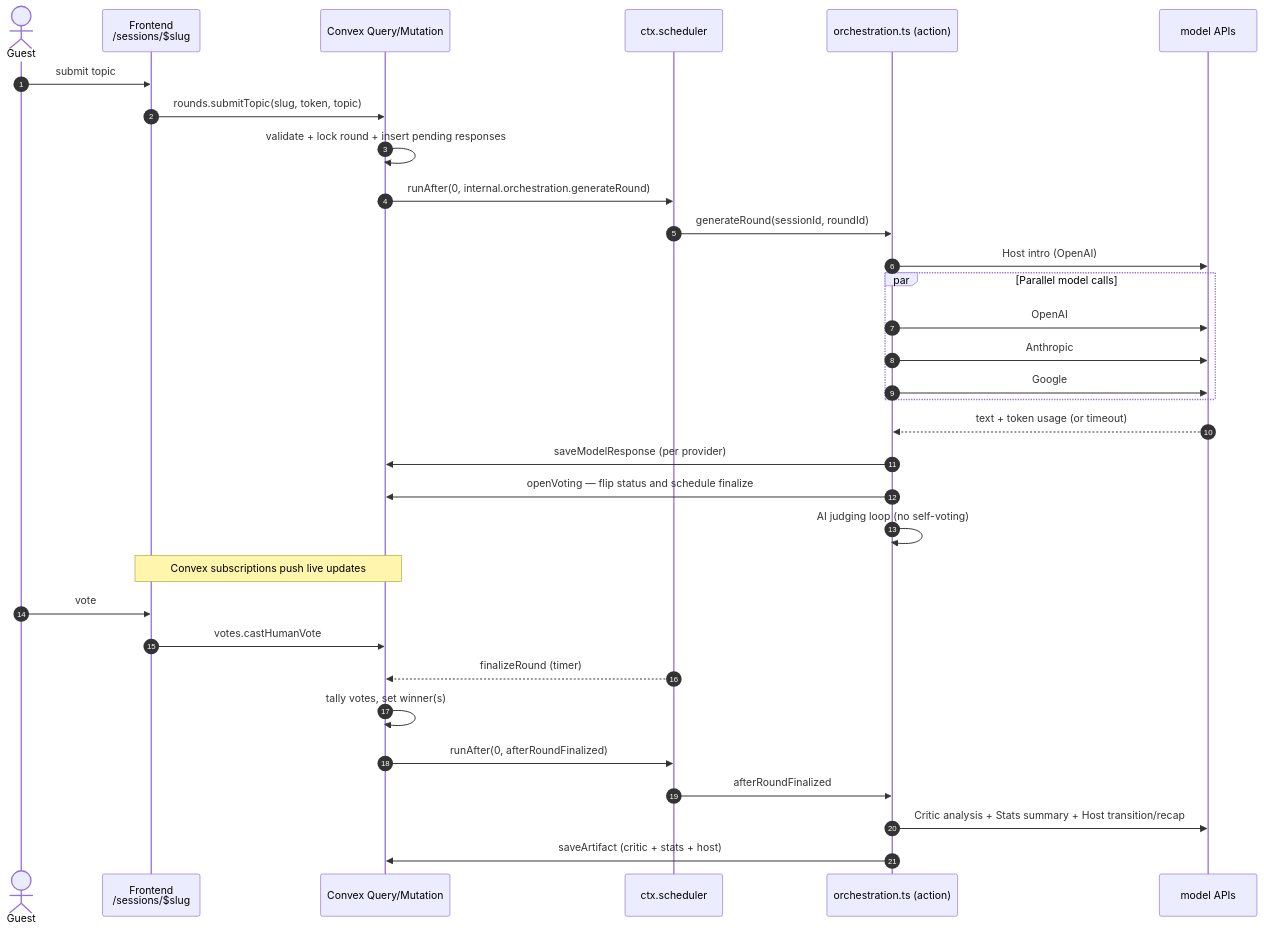
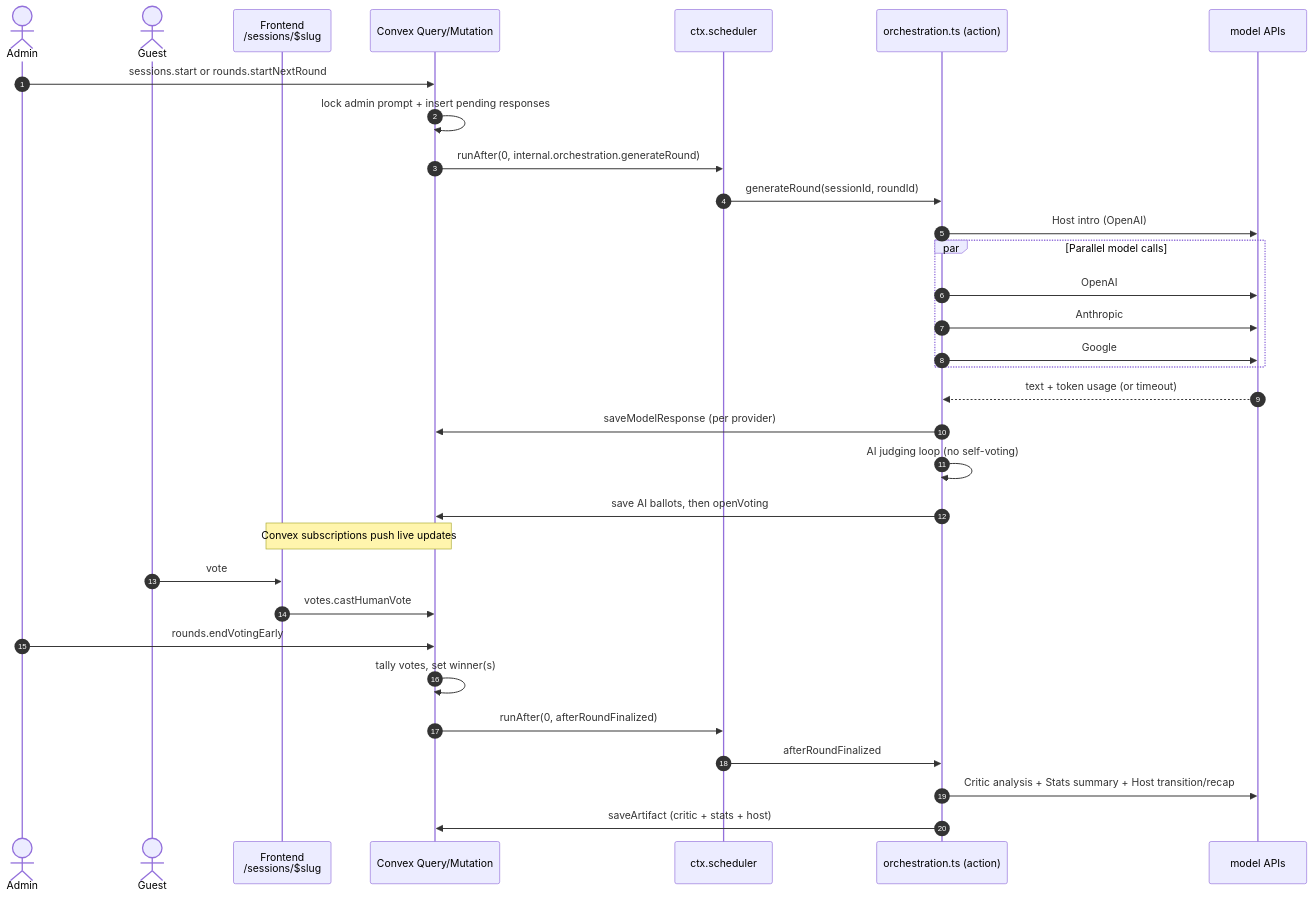
The fifth of 7 diagrams in docs/ARCHITECTURE.md (Radu028/ai-arena), drawn with Mermaid before and after one commit. The commit also changed other lines of this file and 45 other files, not shown here.

````diff
--- a/docs/ARCHITECTURE.md
+++ b/docs/ARCHITECTURE.md
@@ -192,35 +192,35 @@
 ```mermaid
 sequenceDiagram
   autonumber
+  actor Admin
   actor Guest
   participant UI as Frontend<br/>/sessions/$slug
   participant Convex as Convex Query/Mutation
   participant Scheduler as ctx.scheduler
   participant Orchestrate as orchestration.ts (action)
   participant Providers as model APIs
 
-  Guest->>UI: submit topic
-  UI->>Convex: rounds.submitTopic(slug, token, topic)
-  Convex->>Convex: validate + lock round + insert pending responses
+  Admin->>Convex: sessions.start or rounds.startNextRound
+  Convex->>Convex: lock admin prompt + insert pending responses
   Convex->>Scheduler: runAfter(0, internal.orchestration.generateRound)
   Scheduler->>Orchestrate: generateRound(sessionId, roundId)
   Orchestrate->>Providers: Host intro (OpenAI)
   par Parallel model calls
     Orchestrate->>Providers: OpenAI
     Orchestrate->>Providers: Anthropic
     Orchestrate->>Providers: Google
   end
   Providers-->>Orchestrate: text + token usage (or timeout)
   Orchestrate->>Convex: saveModelResponse (per provider)
-  Orchestrate->>Convex: openVoting — flip status and schedule finalize
   Orchestrate->>Orchestrate: AI judging loop (no self-voting)
+  Orchestrate->>Convex: save AI ballots, then openVoting
   Note over UI,Convex: Convex subscriptions push live updates
   Guest->>UI: vote
   UI->>Convex: votes.castHumanVote
-  Scheduler-->>Convex: finalizeRound (timer)
+  Admin->>Convex: rounds.endVotingEarly
   Convex->>Convex: tally votes, set winner(s)
   Convex->>Scheduler: runAfter(0, afterRoundFinalized)
   Scheduler->>Orchestrate: afterRoundFinalized
   Orchestrate->>Providers: Critic analysis + Stats summary + Host transition/recap
   Orchestrate->>Convex: saveArtifact (critic + stats + host)
 ```
````
